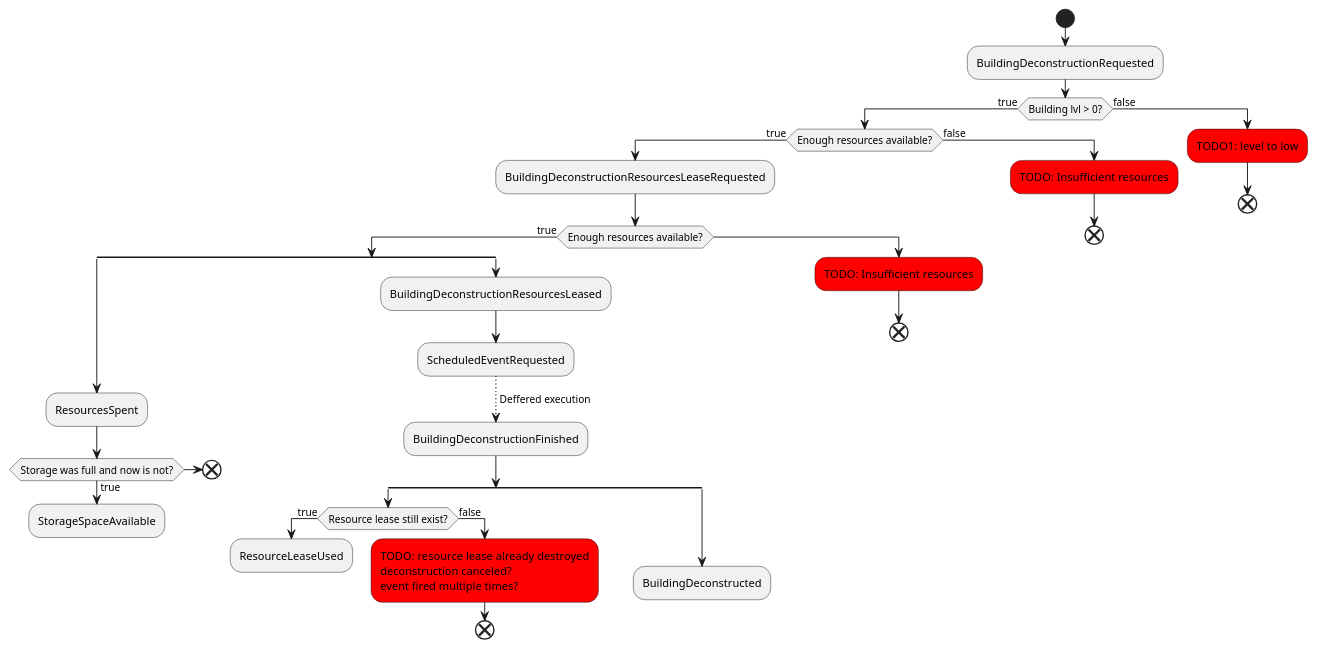
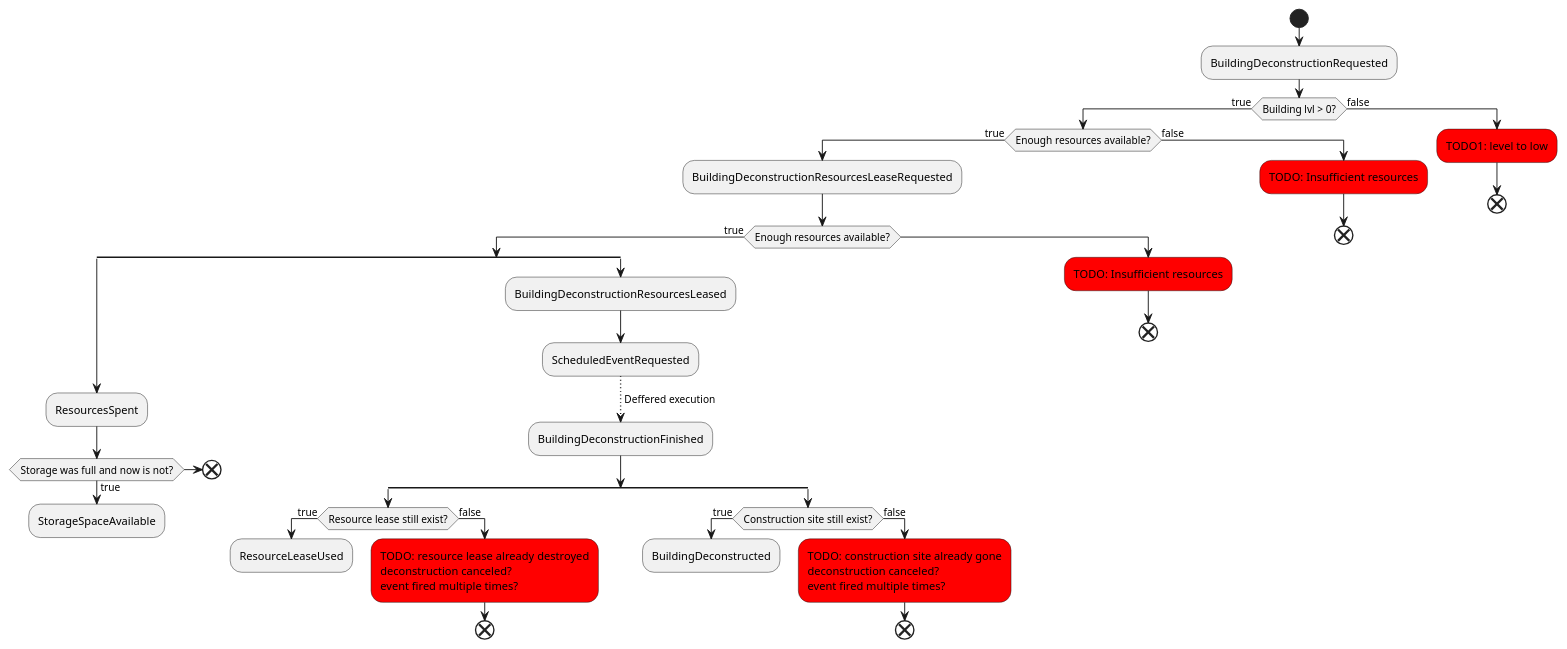
The diagram in docs/building-deconstruction-flow.puml (tomekbielaszewski/ogame-clone), drawn with PlantUML before and after one commit.

Commit message:
building deconstruction graph - construction site check before final event

```diff
--- a/docs/building-deconstruction-flow.puml
+++ b/docs/building-deconstruction-flow.puml
@@ -1,51 +1,58 @@
 @startuml
 
 start
 
 :BuildingDeconstructionRequested;
 if (Building lvl > 0?) then (true)
     if (Enough resources available?) then (true)
         :BuildingDeconstructionResourcesLeaseRequested;
         if (Enough resources available?) then (true)
         split
             :ResourcesSpent;
             if(Storage was full and now is not?) then (true)
                 :StorageSpaceAvailable;
                 detach
             else
                 end
             endif
         split again
             :BuildingDeconstructionResourcesLeased;
             :ScheduledEventRequested;
             -[dotted]-> Deffered execution;
             :BuildingDeconstructionFinished;
             split
                 if (Resource lease still exist?) then (true)
                     :ResourceLeaseUsed;
                     detach
                 else (false)
                     #red:TODO: resource lease already destroyed
                     deconstruction canceled?
                     event fired multiple times?;
                     end
                 endif
             split again
-                :BuildingDeconstructed;
-                detach
+                if (Construction site still exist?) then (true)
+                    :BuildingDeconstructed;
+                    detach
+                else (false)
+                    #red:TODO: construction site already gone
+                    deconstruction canceled?
+                    event fired multiple times?;
+                    end
+                endif
             end split
         end split
         else
             #red:TODO: Insufficient resources;
             end
         endif
     else (false)
         #red:TODO: Insufficient resources;
         end
     endif
 else (false)
     #red:TODO1: level to low;
     end
 endif
 
 @enduml
```
